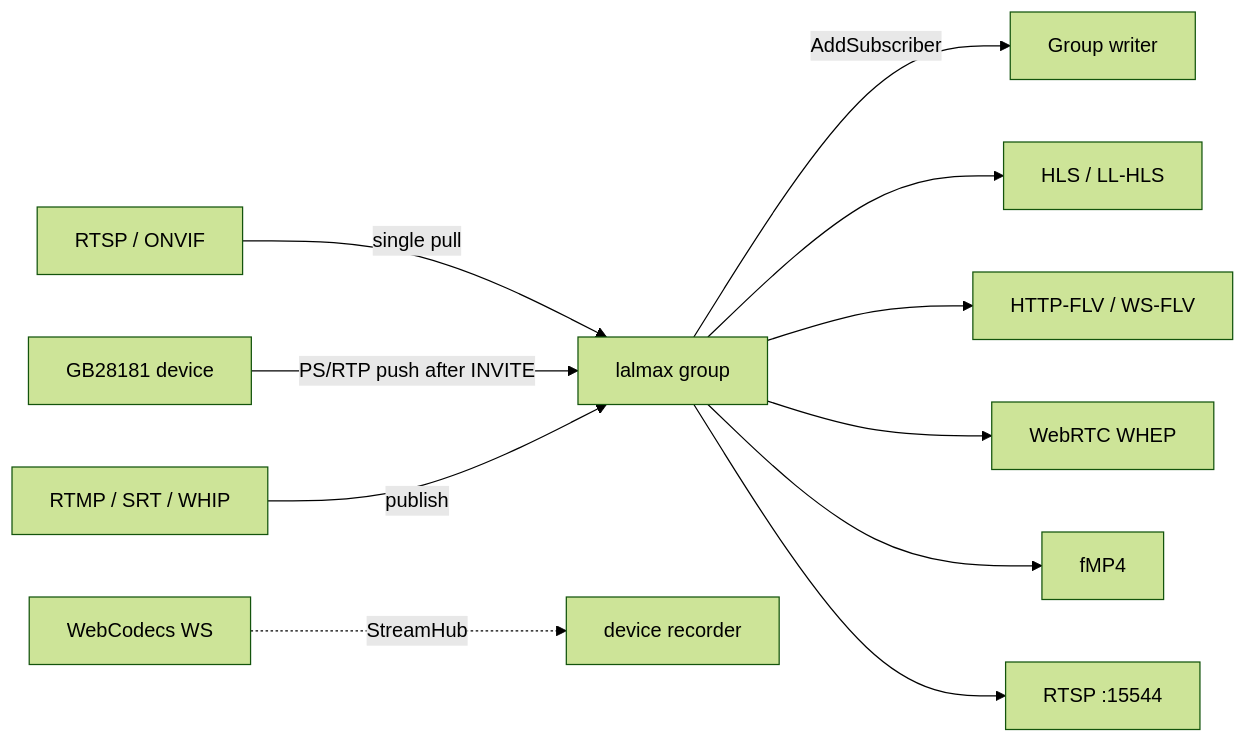
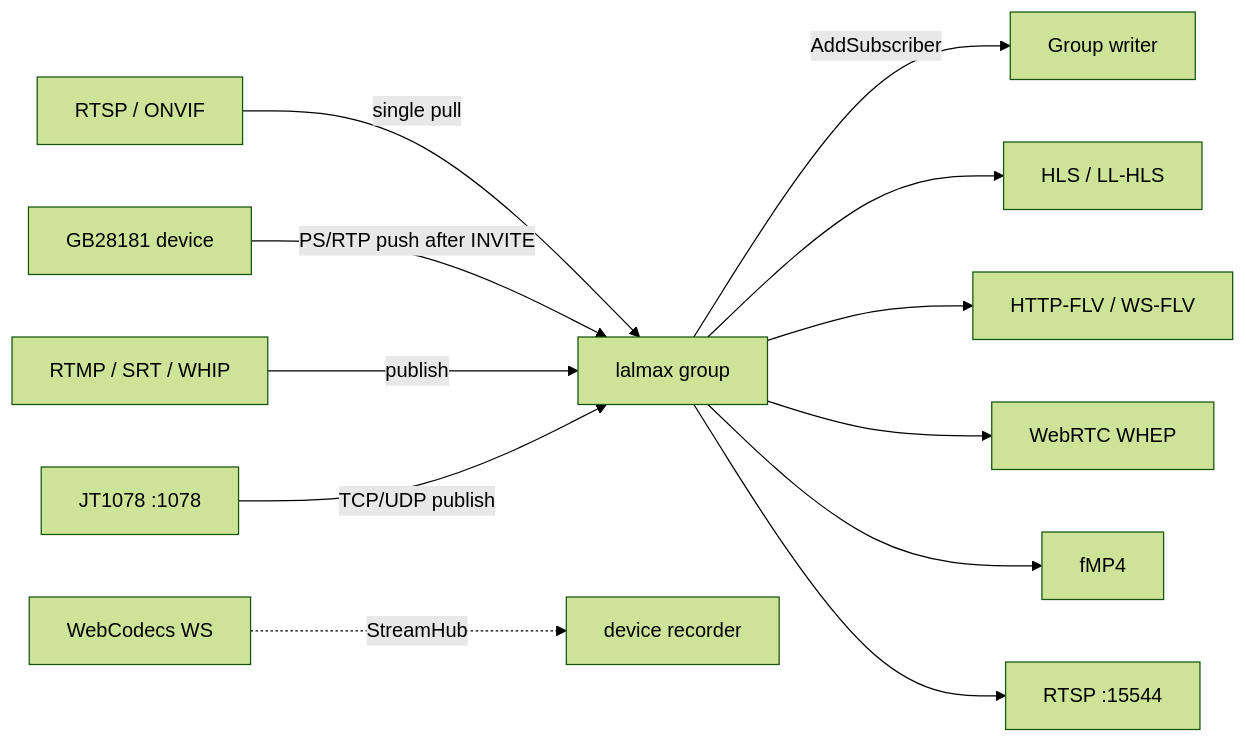
One commit to lalmax-pro/lalmax-nvr changed the third of 7 diagrams in docs/en/architecture.md. Above: the diagram before and after it, drawn with Mermaid (forest theme). The commit also changed other lines of this file and 47 other files, not shown here.

````diff
--- a/docs/en/architecture.md
+++ b/docs/en/architecture.md
@@ -108,13 +111,14 @@
 ```mermaid
 flowchart LR
   RTSP[RTSP / ONVIF] -->|single pull| G["lalmax group"]
   GB[GB28181 device] -->|PS/RTP push after INVITE| G
   Push[RTMP / SRT / WHIP] -->|publish| G
+  JT[JT1078 :1078] -->|TCP/UDP publish| G
   G -->|AddSubscriber| Rec[Group writer]
   G --> HLS[HLS / LL-HLS]
   G --> FLV[HTTP-FLV / WS-FLV]
   G --> RTC[WebRTC WHEP]
   G --> FMP4[fMP4]
   G --> RTSPOut["RTSP :15544"]
   WS[WebCodecs WS] -.->|StreamHub| Dev[device recorder]
 ```
````
